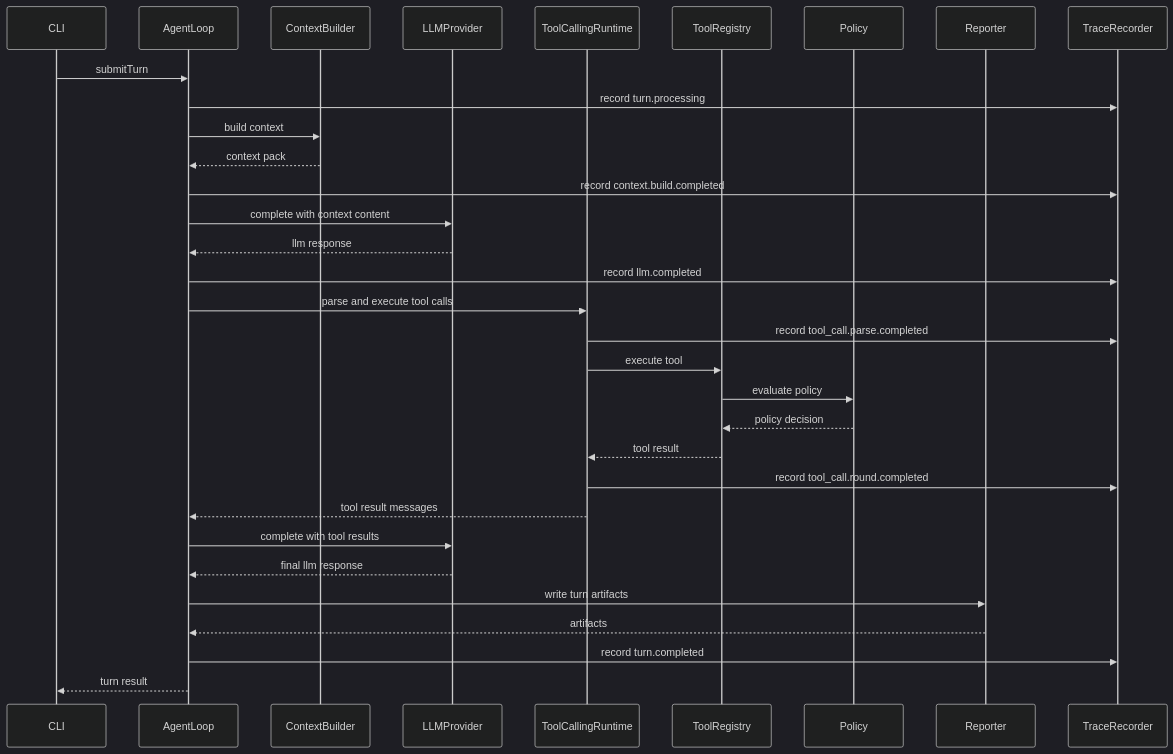
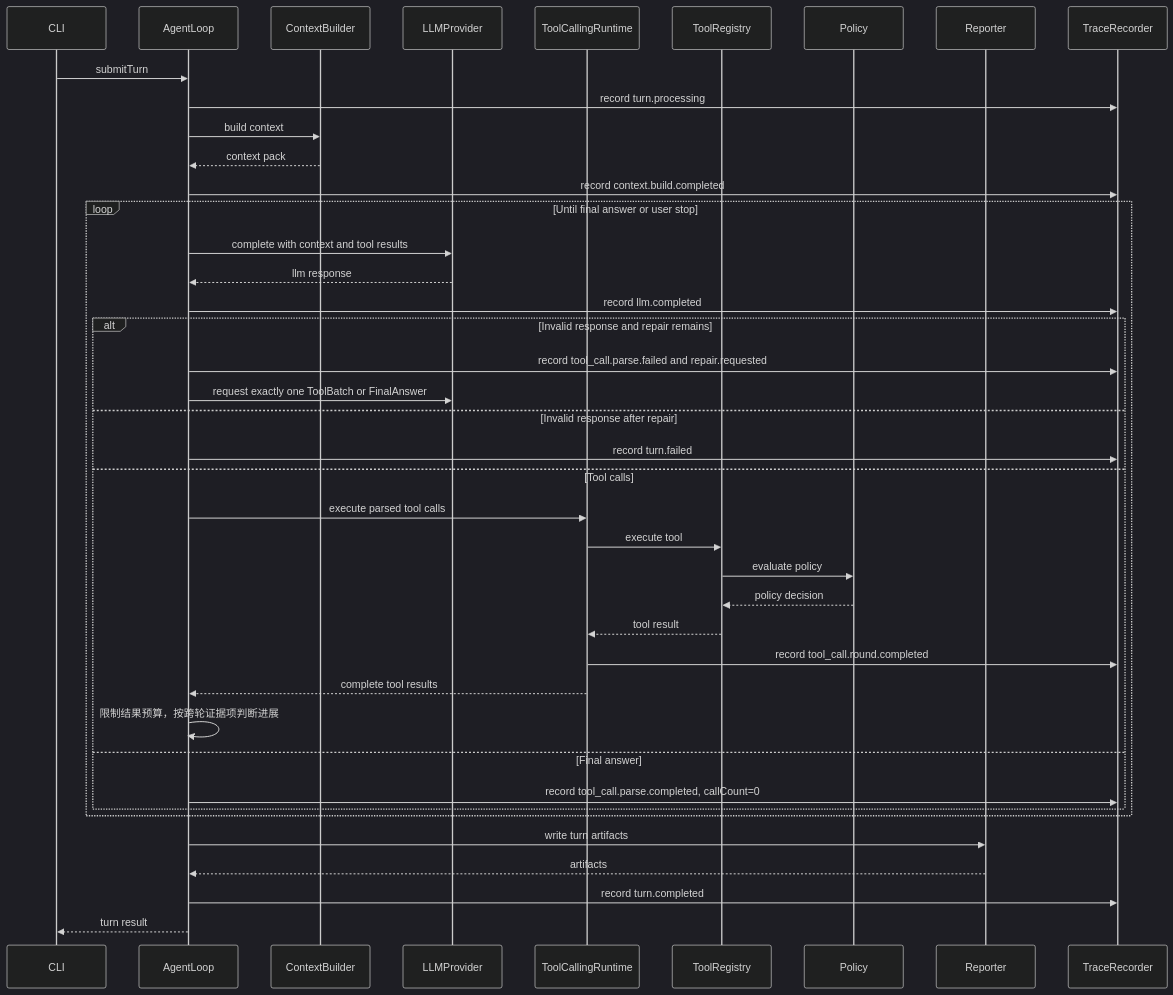
The third of 3 diagrams in docs/agent/modules/agent-loop/TOOL_CALLING_LOOP.md (hfqf/figo-agent), drawn with Mermaid (dark theme) before and after one commit. The commit also changed other lines of this file and 65 other files, not shown here.

````diff
--- a/docs/agent/modules/agent-loop/TOOL_CALLING_LOOP.md
+++ b/docs/agent/modules/agent-loop/TOOL_CALLING_LOOP.md
@@ -115,35 +131,44 @@
 ```mermaid
 sequenceDiagram
   participant UserCli as CLI
   participant AgentLoop as AgentLoop
   participant Context as ContextBuilder
   participant Model as LLMProvider
   participant ToolRuntime as ToolCallingRuntime
   participant Tools as ToolRegistry
   participant Guard as Policy
   participant Report as Reporter
   participant TraceStore as TraceRecorder
 
   UserCli->>AgentLoop: submitTurn
   AgentLoop->>TraceStore: record turn.processing
   AgentLoop->>Context: build context
   Context-->>AgentLoop: context pack
   AgentLoop->>TraceStore: record context.build.completed
-  AgentLoop->>Model: complete with context content
-  Model-->>AgentLoop: llm response
-  AgentLoop->>TraceStore: record llm.completed
-  AgentLoop->>ToolRuntime: parse and execute tool calls
-  ToolRuntime->>TraceStore: record tool_call.parse.completed
-  ToolRuntime->>Tools: execute tool
-  Tools->>Guard: evaluate policy
-  Guard-->>Tools: policy decision
-  Tools-->>ToolRuntime: tool result
-  ToolRuntime->>TraceStore: record tool_call.round.completed
-  ToolRuntime-->>AgentLoop: tool result messages
-  AgentLoop->>Model: complete with tool results
-  Model-->>AgentLoop: final llm response
+  loop Until final answer or user stop
+    AgentLoop->>Model: complete with context and tool results
+    Model-->>AgentLoop: llm response
+    AgentLoop->>TraceStore: record llm.completed
+    alt Invalid response and repair remains
+      AgentLoop->>TraceStore: record tool_call.parse.failed and repair.requested
+      AgentLoop->>Model: request exactly one ToolBatch or FinalAnswer
+    else Invalid response after repair
+      AgentLoop->>TraceStore: record turn.failed
+    else Tool calls
+      AgentLoop->>ToolRuntime: execute parsed tool calls
+      ToolRuntime->>Tools: execute tool
+      Tools->>Guard: evaluate policy
+      Guard-->>Tools: policy decision
+      Tools-->>ToolRuntime: tool result
+      ToolRuntime->>TraceStore: record tool_call.round.completed
+      ToolRuntime-->>AgentLoop: complete tool results
+      AgentLoop->>AgentLoop: 限制结果预算，按跨轮证据项判断进展
+    else Final answer
+      AgentLoop->>TraceStore: record tool_call.parse.completed, callCount=0
+    end
+  end
   AgentLoop->>Report: write turn artifacts
   Report-->>AgentLoop: artifacts
   AgentLoop->>TraceStore: record turn.completed
   AgentLoop-->>UserCli: turn result
 ```
````
